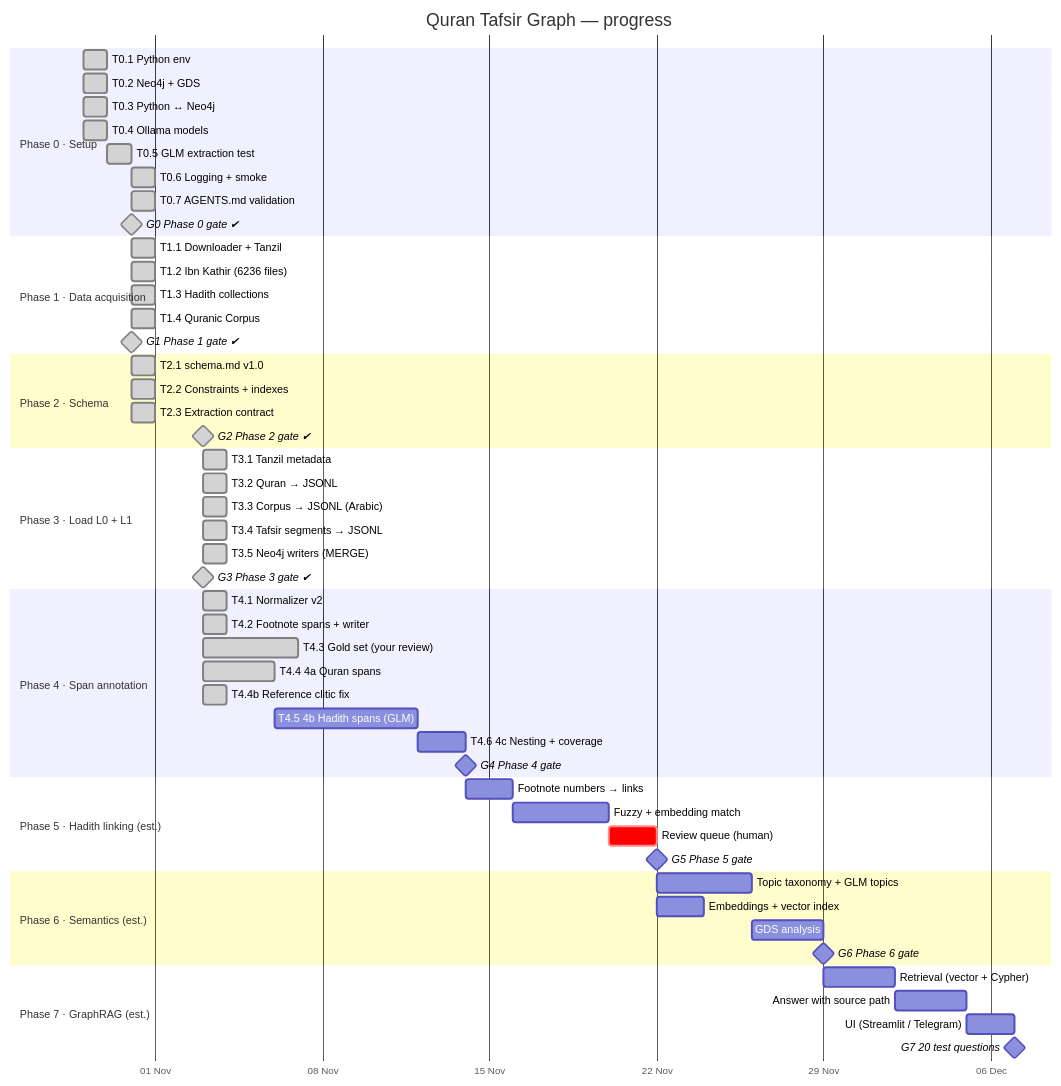
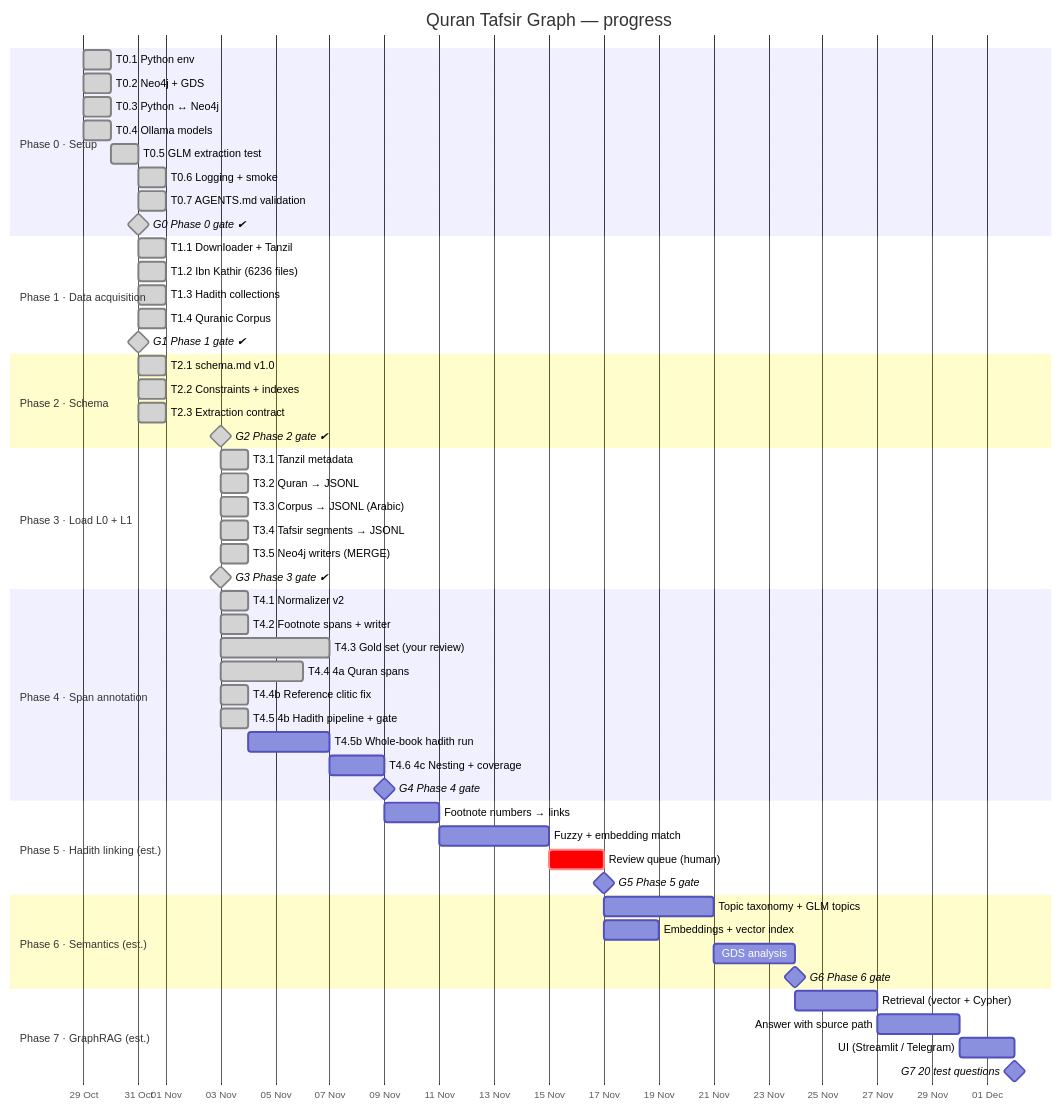
The diagram in docs/GANTT.md (mohamed-soubhi/quran-graph), drawn with Mermaid before and after one commit. The commit also changed other lines of this file and 1 other file, not shown here.

Commit message:
Tracker and Gantt: T4.5 done, T4.5b in progress
Claude-Session: https://claude.ai/code/session_01HtCFgjMNEDCf4YewDqZRyf

````diff
--- a/docs/GANTT.md
+++ b/docs/GANTT.md
@@ -9,66 +9,67 @@
 ```mermaid
 gantt
     title Quran Tafsir Graph — progress
     dateFormat YYYY-MM-DD
     axisFormat %d %b
     todayMarker stroke-width:3px,stroke:#d33
 
     section Phase 0 · Setup
     T0.1 Python env                 :done, t01, 2026-10-29, 1d
     T0.2 Neo4j + GDS                :done, t02, 2026-10-29, 1d
     T0.3 Python ↔ Neo4j             :done, t03, 2026-10-29, 1d
     T0.4 Ollama models              :done, t04, 2026-10-29, 1d
     T0.5 GLM extraction test        :done, t05, 2026-10-30, 1d
     T0.6 Logging + smoke            :done, t06, 2026-10-31, 1d
     T0.7 AGENTS.md validation       :done, t07, 2026-10-31, 1d
     G0 Phase 0 gate ✔               :milestone, done, g0, 2026-10-31, 0d
 
     section Phase 1 · Data acquisition
     T1.1 Downloader + Tanzil        :done, t11, 2026-10-31, 1d
     T1.2 Ibn Kathir (6236 files)    :done, t12, 2026-10-31, 1d
     T1.3 Hadith collections         :done, t13, 2026-10-31, 1d
     T1.4 Quranic Corpus            :done, t14, 2026-10-31, 1d
     G1 Phase 1 gate ✔               :milestone, done, g1, 2026-10-31, 0d
 
     section Phase 2 · Schema
     T2.1 schema.md v1.0            :done, t21, 2026-10-31, 1d
     T2.2 Constraints + indexes      :done, t22, 2026-10-31, 1d
     T2.3 Extraction contract        :done, t23, 2026-10-31, 1d
     G2 Phase 2 gate ✔               :milestone, done, g2, 2026-11-03, 0d
 
     section Phase 3 · Load L0 + L1
     T3.1 Tanzil metadata            :done, t31, 2026-11-03, 1d
     T3.2 Quran → JSONL              :done, t32, 2026-11-03, 1d
     T3.3 Corpus → JSONL (Arabic)    :done, t33, 2026-11-03, 1d
     T3.4 Tafsir segments → JSONL    :done, t34, 2026-11-03, 1d
     T3.5 Neo4j writers (MERGE)      :done, p3b, 2026-11-03, 1d
     G3 Phase 3 gate ✔               :milestone, done, g3, 2026-11-03, 0d
 
     section Phase 4 · Span annotation
     T4.1 Normalizer v2              :done, t41, 2026-11-03, 1d
     T4.2 Footnote spans + writer    :done, t42, 2026-11-03, 1d
     T4.3 Gold set (your review)     :done, t43, 2026-11-03, 4d
     T4.4 4a Quran spans             :done, t44, 2026-11-03, 3d
     T4.4b Reference clitic fix      :done, t44b, 2026-11-03, 1d
-    T4.5 4b Hadith spans (GLM)      :t45, after t44, 6d
-    T4.6 4c Nesting + coverage      :p4c, after t45, 2d
+    T4.5 4b Hadith pipeline + gate  :done, t45, 2026-11-03, 1d
+    T4.5b Whole-book hadith run     :t45b, after t45, 3d
+    T4.6 4c Nesting + coverage      :p4c, after t45b, 2d
     G4 Phase 4 gate                 :milestone, g4, after p4c, 0d
 
     section Phase 5 · Hadith linking (est.)
     Footnote numbers → links        :p5a, after g4, 2d
     Fuzzy + embedding match         :p5b, after p5a, 4d
     Review queue (human)            :crit, p5c, after p5b, 2d
     G5 Phase 5 gate                 :milestone, g5, after p5c, 0d
 
     section Phase 6 · Semantics (est.)
     Topic taxonomy + GLM topics     :p6a, after g5, 4d
     Embeddings + vector index       :p6b, after g5, 2d
     GDS analysis                    :p6c, after p6a, 3d
     G6 Phase 6 gate                 :milestone, g6, after p6c, 0d
 
     section Phase 7 · GraphRAG (est.)
     Retrieval (vector + Cypher)     :p7a, after g6, 3d
     Answer with source path         :p7b, after p7a, 3d
     UI (Streamlit / Telegram)       :p7c, after p7b, 2d
     G7 20 test questions            :milestone, g7, after p7c, 0d
 ```
````
